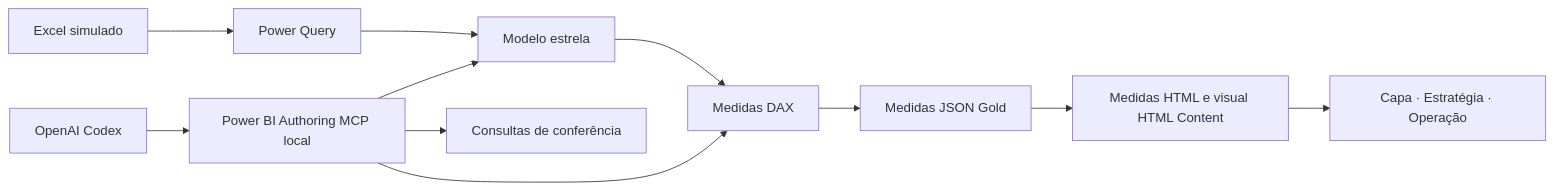
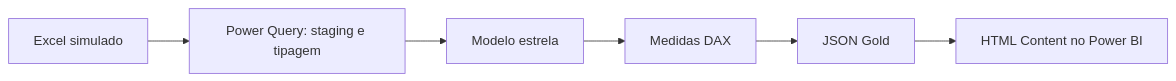
One commit to Soba-Jopeca/logistics-analytics changed the diagram in README.md. Above: the diagram before and after it, drawn with Mermaid. The commit also changed other lines of this file and 2 other files, not shown here.

````diff
--- a/README.md
+++ b/README.md
@@ -35,13 +38,8 @@
 ```mermaid
 flowchart LR
-    Fonte["Excel simulado"] --> PQ["Power Query"]
-    PQ --> Modelo["Modelo estrela"]
-    Modelo --> DAX["Medidas DAX"]
-    DAX --> Gold["Medidas JSON Gold"]
-    Gold --> HTML["Medidas HTML e visual HTML Content"]
-    HTML --> Publicado["Capa · Estratégia · Operação"]
-    Codex["OpenAI Codex"] --> MCP["Power BI Authoring MCP local"]
-    MCP --> Modelo
-    MCP --> DAX
-    MCP --> Validacao["Consultas de conferência"]
+    X["Excel simulado"] --> PQ["Power Query: staging e tipagem"]
+    PQ --> M["Modelo estrela"]
+    M --> D["Medidas DAX"]
+    D --> G["JSON Gold"]
+    G --> H["HTML Content no Power BI"]
 ```
````
